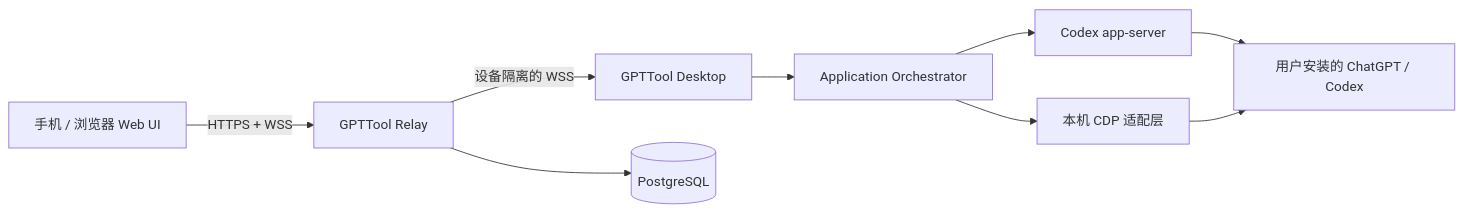
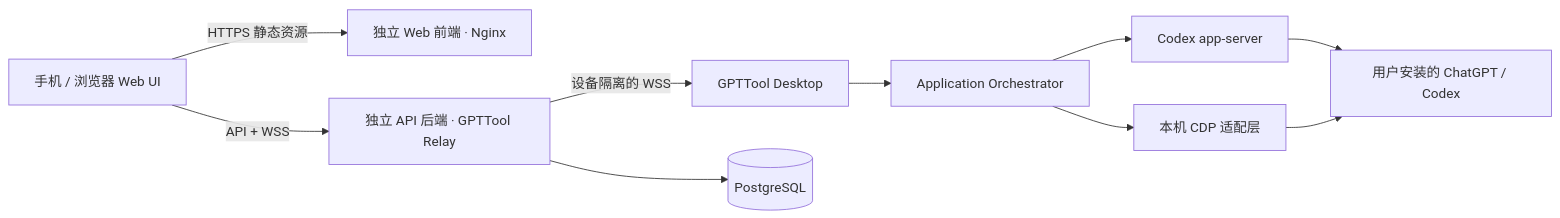
One commit to lvyq/GPTTool changed the diagram in README.md. Above: the diagram before and after it, drawn with Mermaid. The commit also changed other lines of this file and 59 other files, not shown here.

Commit message:
refactor: separate web frontend and API backend packages

````diff
--- a/README.md
+++ b/README.md
@@ -36,11 +36,12 @@
 ```mermaid
 flowchart LR
-  Browser["手机 / 浏览器 Web UI"] -->|"HTTPS + WSS"| Relay["GPTTool Relay"]
+  Browser["手机 / 浏览器 Web UI"] -->|"HTTPS 静态资源"| Frontend["独立 Web 前端 · Nginx"]
+  Browser -->|"API + WSS"| Relay["独立 API 后端 · GPTTool Relay"]
   Relay -->|"设备隔离的 WSS"| Desktop["GPTTool Desktop"]
   Desktop --> Orchestrator["Application Orchestrator"]
   Orchestrator --> AppServer["Codex app-server"]
   Orchestrator --> CDP["本机 CDP 适配层"]
   AppServer --> Official["用户安装的 ChatGPT / Codex"]
   CDP --> Official
   Relay --> Postgres[("PostgreSQL")]
 ```
````
